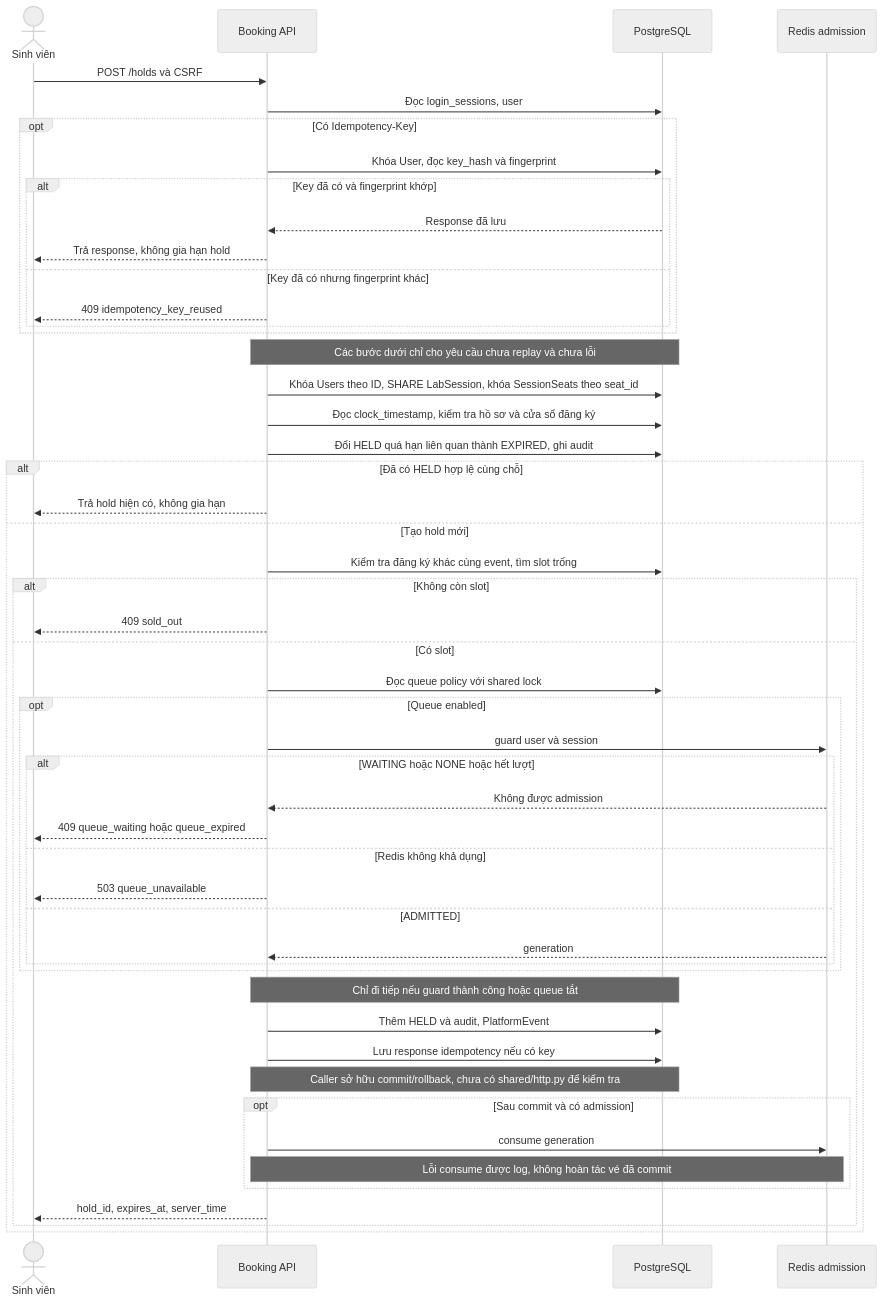
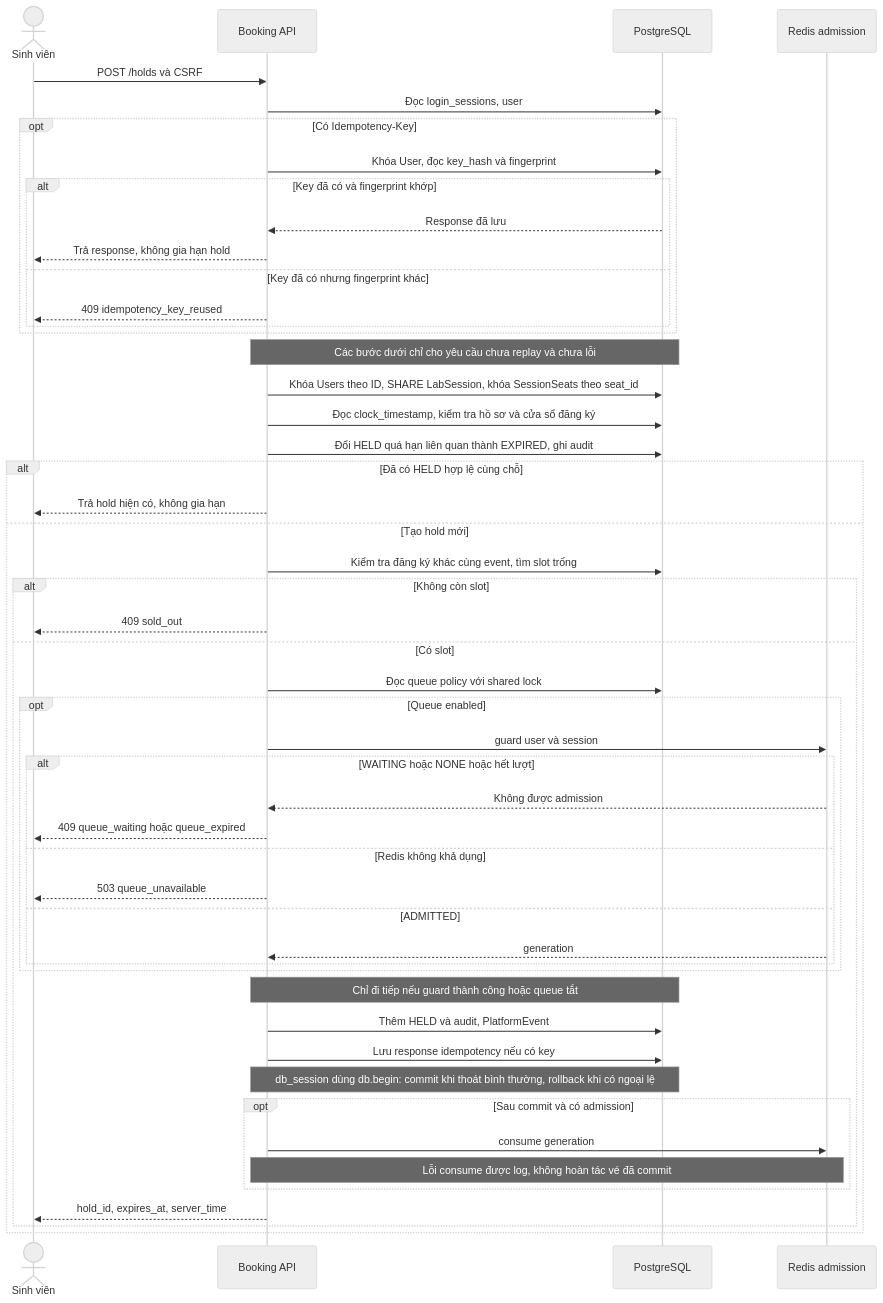
Before and after one commit to tuanngthuet/CloudCompuAssignment: the diagram in docs/assessment/architecture/a3/diagrams/sequence-01-hold.mmd, drawn with Mermaid (neutral theme). The commit also changed 33 other files, not shown here.

Commit message:
docs(A3): update diagrams and verify HTTP transactions and worker ack

```diff
--- a/docs/assessment/architecture/a3/diagrams/sequence-01-hold.mmd
+++ b/docs/assessment/architecture/a3/diagrams/sequence-01-hold.mmd
@@ -1,50 +1,50 @@
 sequenceDiagram
     actor U as Sinh viên
     participant A as Booking API
     participant P as PostgreSQL
     participant R as Redis admission
     U->>A: POST /holds và CSRF
     A->>P: Đọc login_sessions, user
     opt Có Idempotency-Key
         A->>P: Khóa User, đọc key_hash và fingerprint
         alt Key đã có và fingerprint khớp
             P-->>A: Response đã lưu
             A-->>U: Trả response, không gia hạn hold
         else Key đã có nhưng fingerprint khác
             A-->>U: 409 idempotency_key_reused
         end
     end
     Note over A,P: Các bước dưới chỉ cho yêu cầu chưa replay và chưa lỗi
     A->>P: Khóa Users theo ID, SHARE LabSession, khóa SessionSeats theo seat_id
     A->>P: Đọc clock_timestamp, kiểm tra hồ sơ và cửa sổ đăng ký
     A->>P: Đổi HELD quá hạn liên quan thành EXPIRED, ghi audit
     alt Đã có HELD hợp lệ cùng chỗ
         A-->>U: Trả hold hiện có, không gia hạn
     else Tạo hold mới
         A->>P: Kiểm tra đăng ký khác cùng event, tìm slot trống
         alt Không còn slot
             A-->>U: 409 sold_out
         else Có slot
             A->>P: Đọc queue policy với shared lock
             opt Queue enabled
                 A->>R: guard user và session
                 alt WAITING hoặc NONE hoặc hết lượt
                     R-->>A: Không được admission
                     A-->>U: 409 queue_waiting hoặc queue_expired
                 else Redis không khả dụng
                     A-->>U: 503 queue_unavailable
                 else ADMITTED
                     R-->>A: generation
                 end
             end
             Note over A,P: Chỉ đi tiếp nếu guard thành công hoặc queue tắt
             A->>P: Thêm HELD và audit, PlatformEvent
             A->>P: Lưu response idempotency nếu có key
-            Note over A,P: Caller sở hữu commit/rollback, chưa có shared/http.py để kiểm tra
+            Note over A,P: db_session dùng db.begin: commit khi thoát bình thường, rollback khi có ngoại lệ
             opt Sau commit và có admission
                 A->>R: consume generation
                 Note over A,R: Lỗi consume được log, không hoàn tác vé đã commit
             end
             A-->>U: hold_id, expires_at, server_time
         end
     end
```
